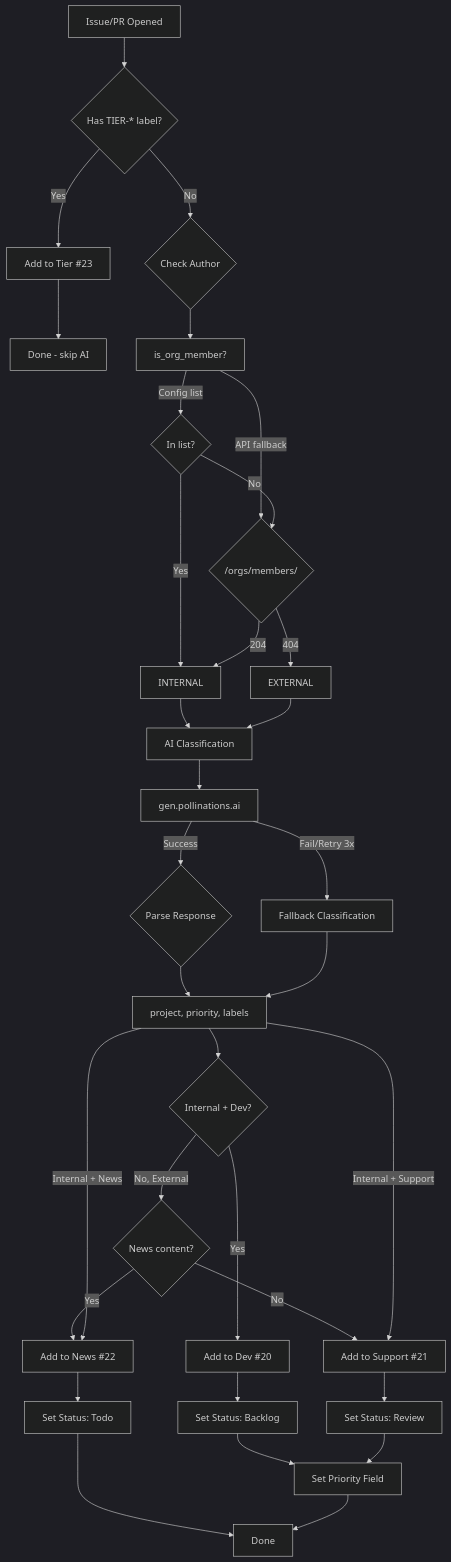
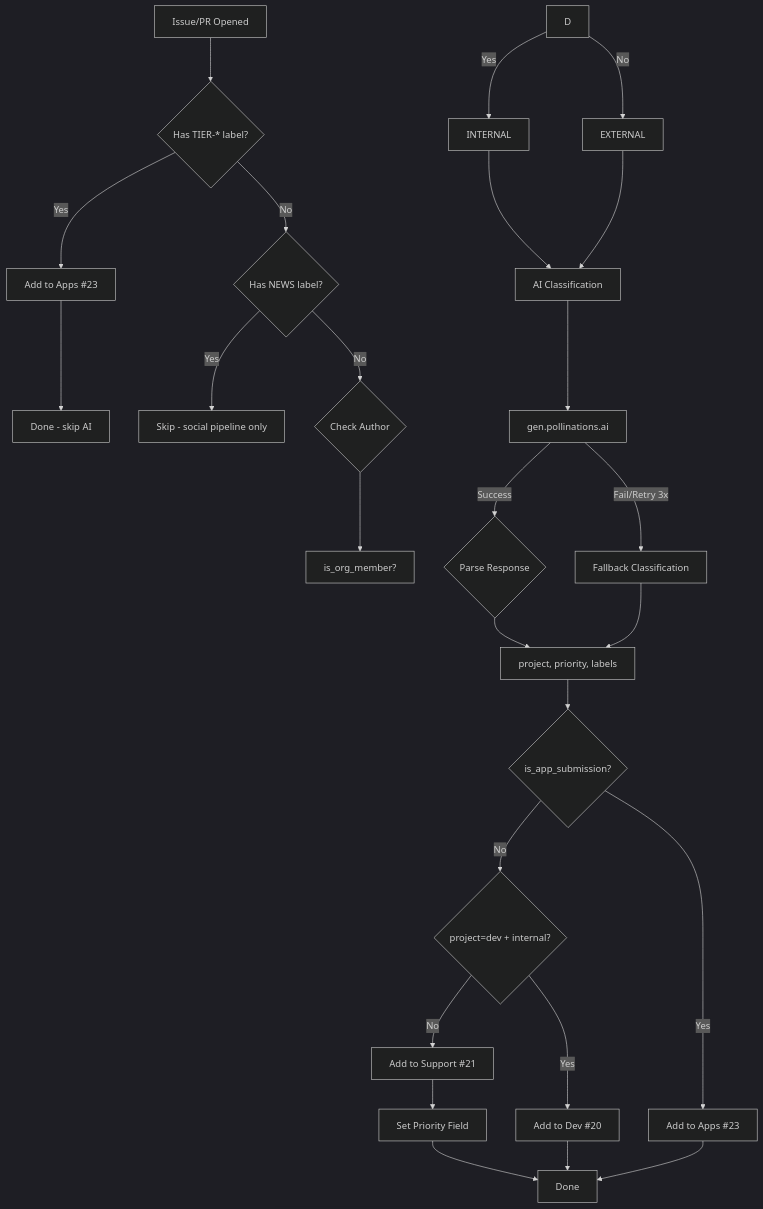
The second of 4 diagrams in .github/docs/TRIAGE.md (pollinations/pollinations), drawn with Mermaid before and after one commit. The commit also changed other lines of this file and 4 other files, not shown here.

````diff
--- a/.github/docs/TRIAGE.md
+++ b/.github/docs/TRIAGE.md
@@ -73,41 +72,33 @@
 ```mermaid
 %%{init: {'theme': 'dark'}}%%
 flowchart TD
     A[Issue/PR Opened] --> AA{Has TIER-* label?}
-    AA -->|Yes| AB[Add to Tier #23]
+    AA -->|Yes| AB[Add to Apps #23]
     AB --> AC[Done - skip AI]
-    AA -->|No| B{Check Author}
+    AA -->|No| AN{Has NEWS label?}
+    AN -->|Yes| AX[Skip - social pipeline only]
+    AN -->|No| B{Check Author}
     B --> C[is_org_member?]
-    C -->|Config list| D{In list?}
-    C -->|API fallback| E{/orgs/members/}
     D -->|Yes| F[INTERNAL]
-    D -->|No| E
-    E -->|204| F
-    E -->|404| G[EXTERNAL]
+    D -->|No| G[EXTERNAL]
 
     F --> H[AI Classification]
     G --> H
 
     H --> I[gen.pollinations.ai]
     I -->|Success| J{Parse Response}
     I -->|Fail/Retry 3x| K[Fallback Classification]
     J --> L[project, priority, labels]
     K --> L
 
-    L --> M{Internal + Dev?}
+    L --> IAS{is_app_submission?}
+    IAS -->|Yes| AP[Add to Apps #23]
+    IAS -->|No| M{project=dev + internal?}
     M -->|Yes| N[Add to Dev #20]
-    M -->|No, External| O{News content?}
-    O -->|Yes| P[Add to News #22]
-    O -->|No| Q[Add to Support #21]
-    L -->|Internal + Support| Q
-    L -->|Internal + News| P
+    M -->|No| Q[Add to Support #21]
 
-    N --> R[Set Status: Backlog]
-    Q --> S[Set Status: Review]
-    P --> T[Set Status: Todo]
-
-    R --> U[Set Priority Field]
-    S --> U
-    T --> V[Done]
-    U --> V
+    Q --> U[Set Priority Field]
+    U --> V[Done]
+    N --> V
+    AP --> V
 ```
````
